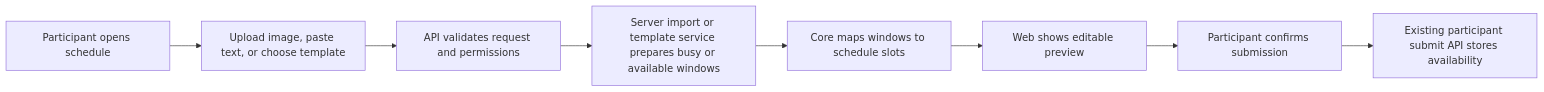
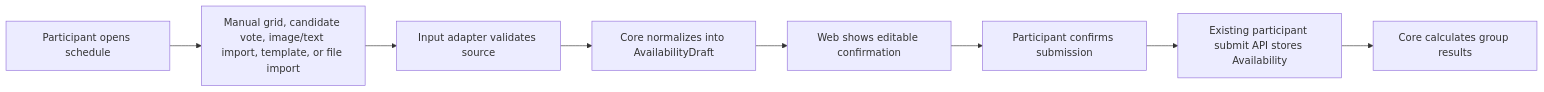
The second of 2 diagrams in docs/architecture.md (ToniMakes/schedule-share), drawn with Mermaid before and after one commit. The commit also changed other lines of this file and 7 other files, not shown here.

````diff
--- a/docs/architecture.md
+++ b/docs/architecture.md
@@ -140,10 +141,10 @@
 ```mermaid
 flowchart LR
-  A["Participant opens schedule"] --> B["Upload image, paste text, or choose template"]
-  B --> C["API validates request and permissions"]
-  C --> D["Server import or template service prepares busy or available windows"]
-  D --> E["Core maps windows to schedule slots"]
-  E --> F["Web shows editable preview"]
-  F --> G["Participant confirms submission"]
-  G --> H["Existing participant submit API stores availability"]
+  A["Participant opens schedule"] --> B["Manual grid, candidate vote, image/text import, template, or file import"]
+  B --> C["Input adapter validates source"]
+  C --> D["Core normalizes into AvailabilityDraft"]
+  D --> E["Web shows editable confirmation"]
+  E --> F["Participant confirms submission"]
+  F --> G["Existing participant submit API stores Availability"]
+  G --> H["Core calculates group results"]
 ```
````
